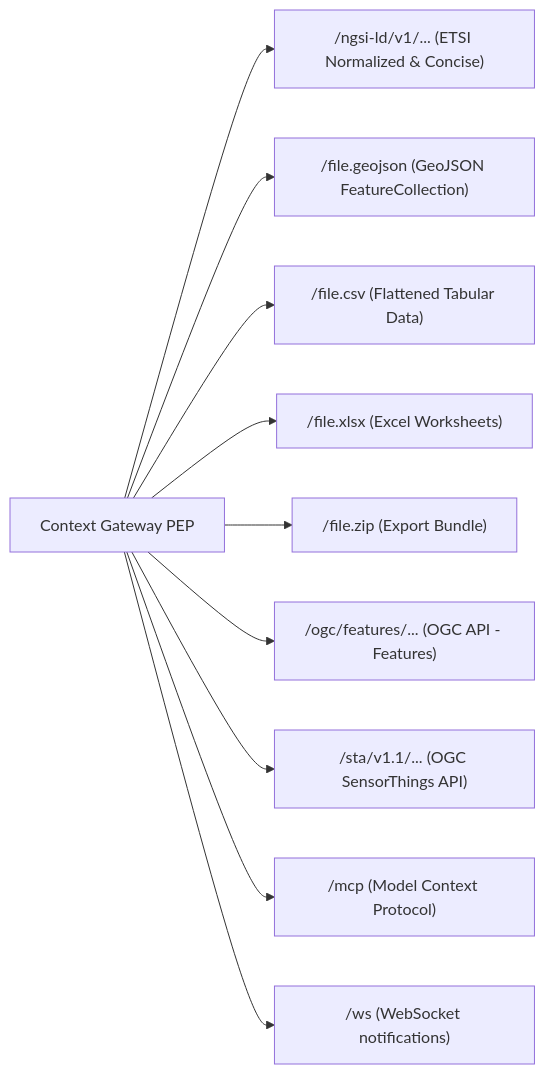
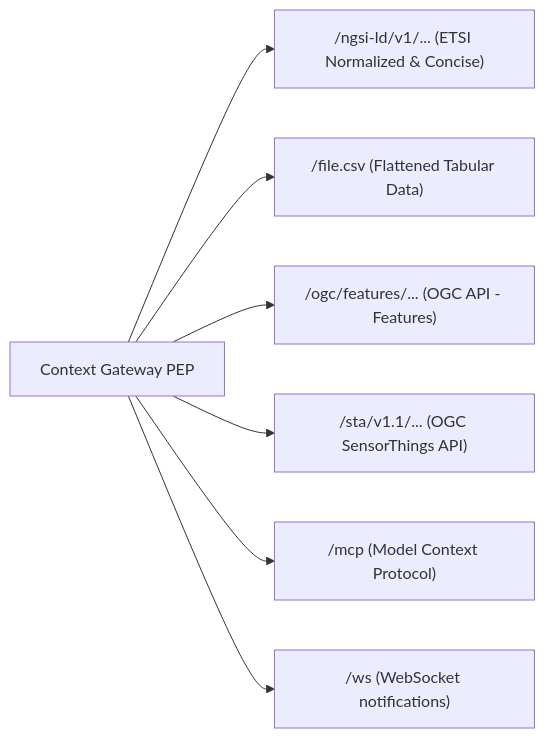
The diagram in public-docs/API/02-endpoint-representations.md (marek-mraz-jc/joinedcontext-portal), drawn with Mermaid before and after one commit. The commit also changed other lines of this file and 46 other files, not shown here.

````diff
--- a/public-docs/API/02-endpoint-representations.md
+++ b/public-docs/API/02-endpoint-representations.md
@@ -19,14 +19,11 @@
 ```mermaid
 flowchart LR
     GW["Context Gateway PEP"]
     
     GW --> R1["/ngsi-ld/v1/... (ETSI Normalized & Concise)"]
-    GW --> R2["/file.geojson (GeoJSON FeatureCollection)"]
     GW --> R3["/file.csv (Flattened Tabular Data)"]
-    GW --> R4["/file.xlsx (Excel Worksheets)"]
-    GW --> R4b["/file.zip (Export Bundle)"]
     GW --> R5["/ogc/features/... (OGC API - Features)"]
     GW --> R6["/sta/v1.1/... (OGC SensorThings API)"]
     GW --> R7["/mcp (Model Context Protocol)"]
     GW --> R8["/ws (WebSocket notifications)"]
 ```
````
